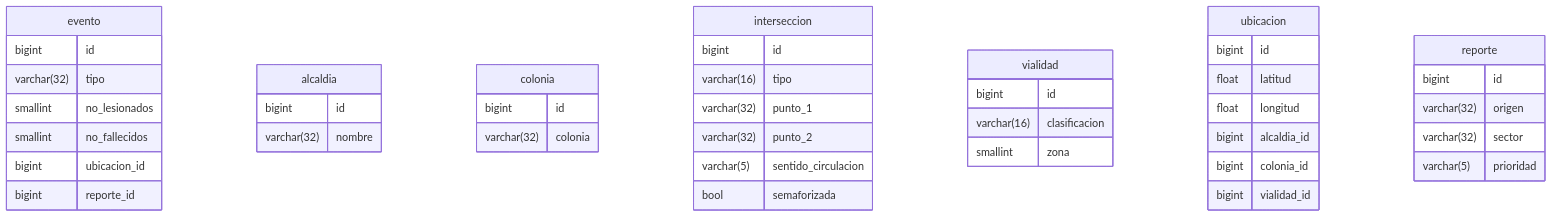
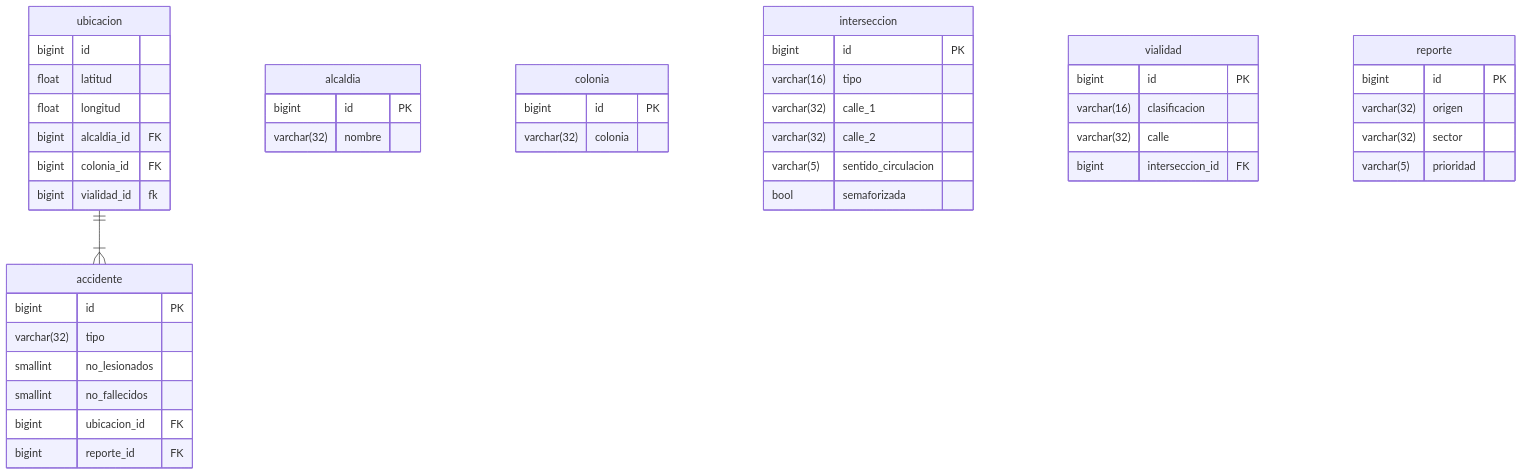
One commit to joltdot/proyecto_bd changed the diagram in README.md. Above: the diagram before and after it, drawn with Mermaid.

Commit message:
Refactor ER diagram for database schema clarity

````diff
--- a/README.md
+++ b/README.md
@@ -360,48 +360,50 @@
 ```mermaid
 erDiagram
-    evento {
-        bigint id
+    ubicacion ||--|{ accidente : " "
+    accidente {
+        bigint id PK
         varchar(32) tipo
         smallint no_lesionados
         smallint no_fallecidos
-        bigint ubicacion_id
-        bigint reporte_id
+        bigint ubicacion_id FK
+        bigint reporte_id FK
     }
     alcaldia {
-        bigint id
+        bigint id PK
         varchar(32) nombre
     }
     colonia {
-        bigint id
+        bigint id PK
         varchar(32) colonia
     }
     interseccion {
-        bigint id
+        bigint id PK
         varchar(16) tipo
-        varchar(32) punto_1
-        varchar(32) punto_2
+        varchar(32) calle_1
+        varchar(32) calle_2
         varchar(5) sentido_circulacion
         bool semaforizada
     }
     vialidad {
-        bigint id
+        bigint id PK
         varchar(16) clasificacion
-        smallint zona
+        varchar(32) calle
+        bigint interseccion_id FK
     }
     ubicacion {
         bigint id
         float latitud
         float longitud
-        bigint alcaldia_id
-        bigint colonia_id
-        bigint vialidad_id
+        bigint alcaldia_id FK
+        bigint colonia_id FK
+        bigint vialidad_id fk
         
     }
     reporte {
-        bigint id
+        bigint id PK
         varchar(32) origen
         varchar(32) sector
         varchar(5) prioridad
     }
 
 ```
````
